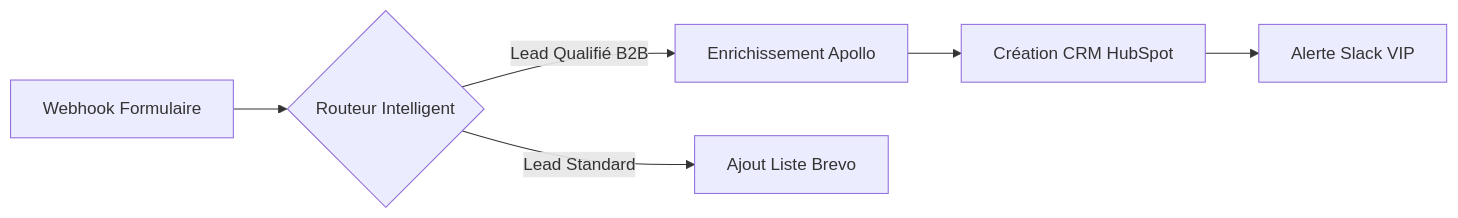
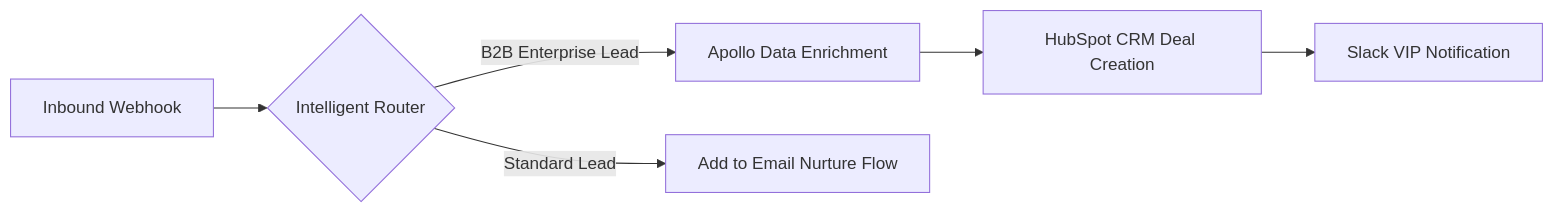
The diagram in site/src/content/blog/make-automation-revolution.md (heliatech-media/saas-radar), drawn with Mermaid before and after one commit. The commit also changed other lines of this file and 9 other files, not shown here.

````diff
--- a/site/src/content/blog/make-automation-revolution.md
+++ b/site/src/content/blog/make-automation-revolution.md
@@ -42,8 +42,8 @@
 ```mermaid
 flowchart LR
-    A[Webhook Formulaire] --> B{Routeur Intelligent}
-    B -->|Lead Qualifié B2B| C[Enrichissement Apollo]
-    C --> D[Création CRM HubSpot]
-    D --> E[Alerte Slack VIP]
-    B -->|Lead Standard| F[Ajout Liste Brevo]
+    A[Inbound Webhook] --> B{Intelligent Router}
+    B -->|B2B Enterprise Lead| C[Apollo Data Enrichment]
+    C --> D[HubSpot CRM Deal Creation]
+    D --> E[Slack VIP Notification]
+    B -->|Standard Lead| F[Add to Email Nurture Flow]
 ```
````
